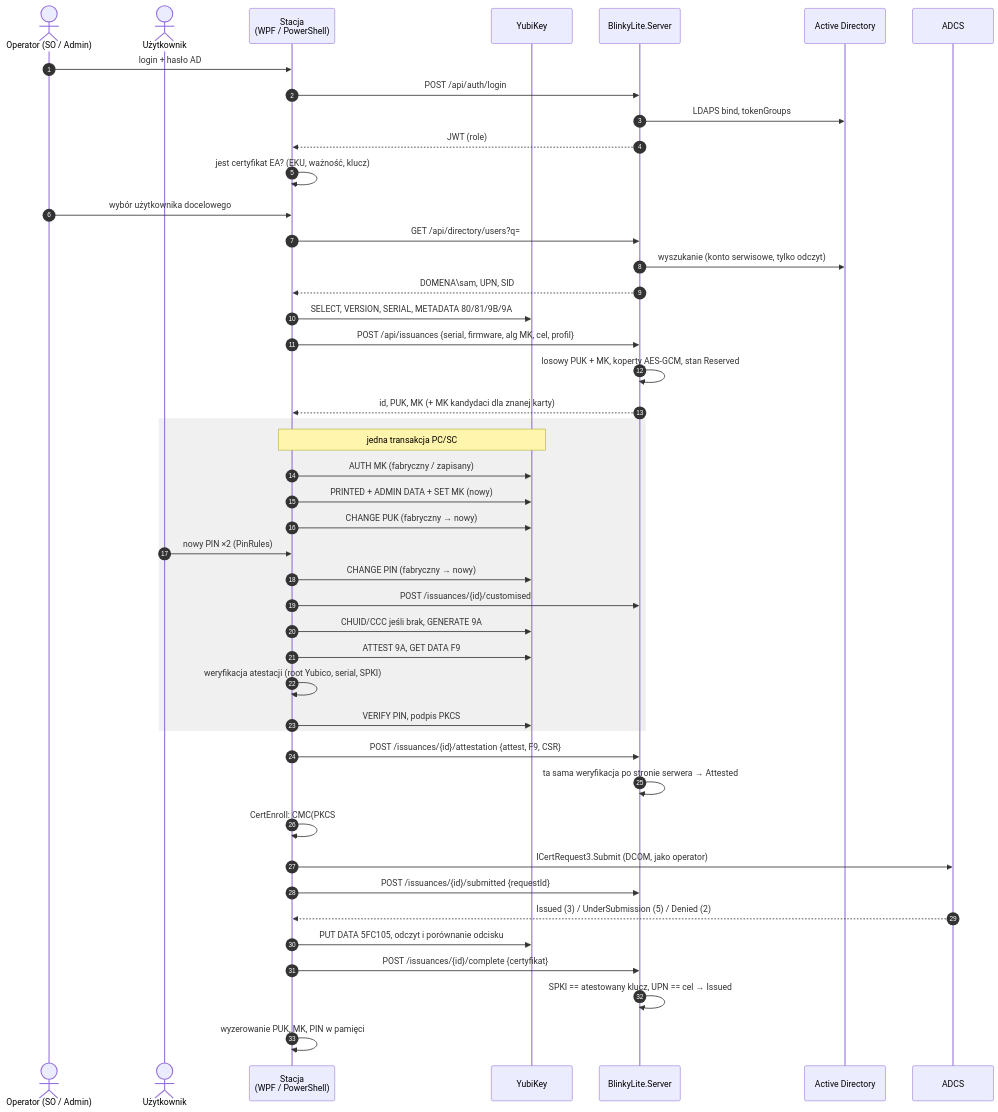
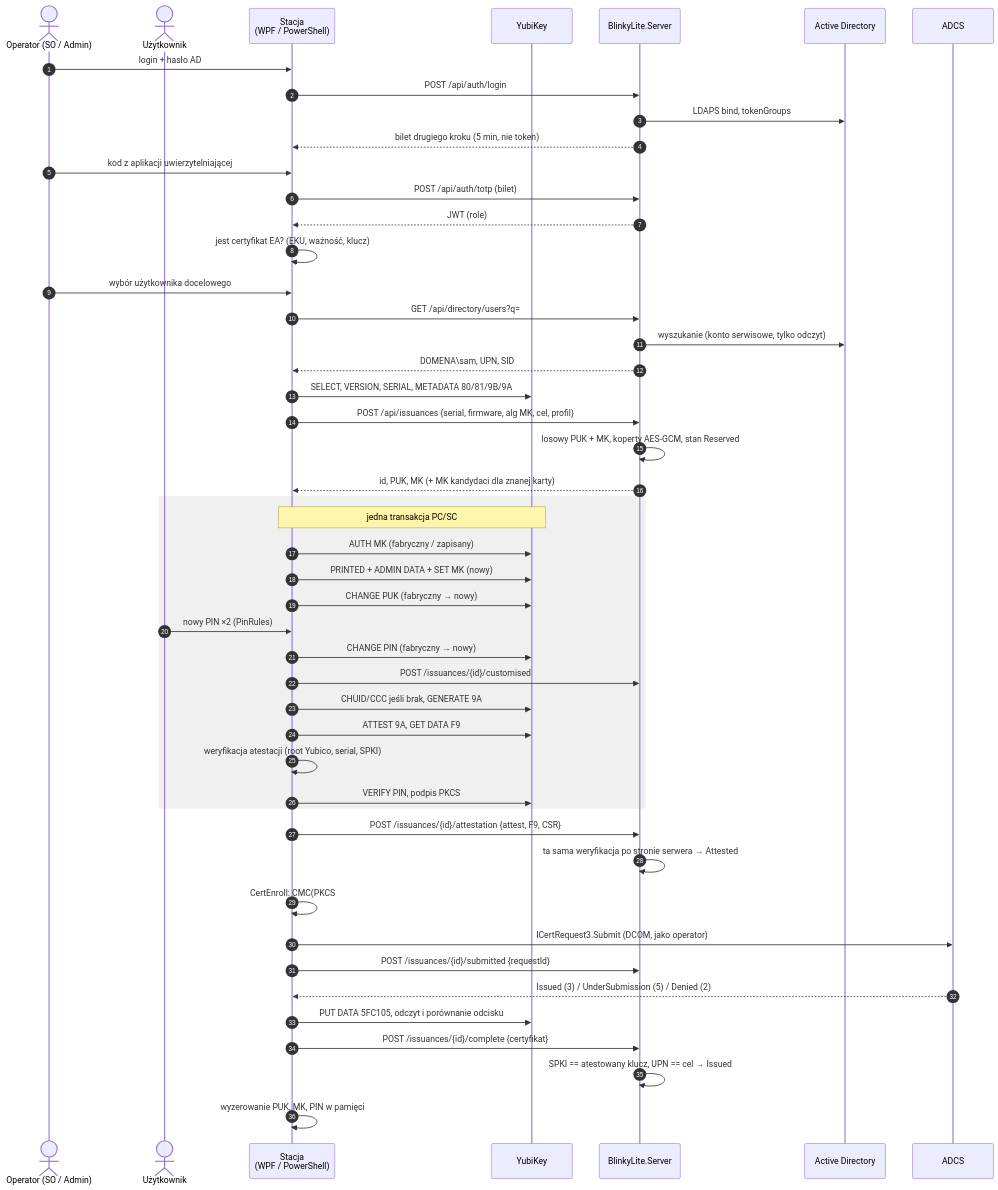
Before and after one commit to franekSoftSF/BlinkyLite: the diagram in docs/02-issuance.md, drawn with Mermaid. The commit also changed 44 other files, not shown here.

````diff
--- a/docs/02-issuance.md
+++ b/docs/02-issuance.md
@@ -10,48 +10,51 @@
 ```mermaid
 sequenceDiagram
     autonumber
     actor SO as Operator (SO / Admin)
     actor U as Użytkownik
     participant C as Stacja<br/>(WPF / PowerShell)
     participant K as YubiKey
     participant S as BlinkyLite.Server
     participant AD as Active Directory
     participant CA as ADCS
 
     SO->>C: login + hasło AD
     C->>S: POST /api/auth/login
     S->>AD: LDAPS bind, tokenGroups
+    S-->>C: bilet drugiego kroku (5 min, nie token)
+    SO->>C: kod z aplikacji uwierzytelniającej
+    C->>S: POST /api/auth/totp (bilet)
     S-->>C: JWT (role)
     C->>C: jest certyfikat EA? (EKU, ważność, klucz)
     SO->>C: wybór użytkownika docelowego
     C->>S: GET /api/directory/users?q=
     S->>AD: wyszukanie (konto serwisowe, tylko odczyt)
     S-->>C: DOMENA\sam, UPN, SID
     C->>K: SELECT, VERSION, SERIAL, METADATA 80/81/9B/9A
     C->>S: POST /api/issuances {serial, firmware, alg MK, cel, profil}
     S->>S: losowy PUK + MK, koperty AES-GCM, stan Reserved
     S-->>C: id, PUK, MK (+ MK kandydaci dla znanej karty)
     rect rgba(128,128,128,0.12)
     note over C,K: jedna transakcja PC/SC
     C->>K: AUTH MK (fabryczny / zapisany)
     C->>K: PRINTED + ADMIN DATA + SET MK (nowy)
     C->>K: CHANGE PUK (fabryczny → nowy)
     U->>C: nowy PIN ×2 (PinRules)
     C->>K: CHANGE PIN (fabryczny → nowy)
     C->>S: POST /issuances/{id}/customised
     C->>K: CHUID/CCC jeśli brak, GENERATE 9A
     C->>K: ATTEST 9A, GET DATA F9
     C->>C: weryfikacja atestacji (root Yubico, serial, SPKI)
     C->>K: VERIFY PIN, podpis PKCS#10
     end
     C->>S: POST /issuances/{id}/attestation {attest, F9, CSR}
     S->>S: ta sama weryfikacja po stronie serwera → Attested
     C->>C: CertEnroll: CMC(PKCS#10), RequesterName, podpis EA
     C->>CA: ICertRequest3.Submit (DCOM, jako operator)
     C->>S: POST /issuances/{id}/submitted {requestId}
     CA-->>C: Issued (3) / UnderSubmission (5) / Denied (2)
     C->>K: PUT DATA 5FC105, odczyt i porównanie odcisku
     C->>S: POST /issuances/{id}/complete {certyfikat}
     S->>S: SPKI == atestowany klucz, UPN == cel → Issued
     C->>C: wyzerowanie PUK, MK, PIN w pamięci
 ```
````
